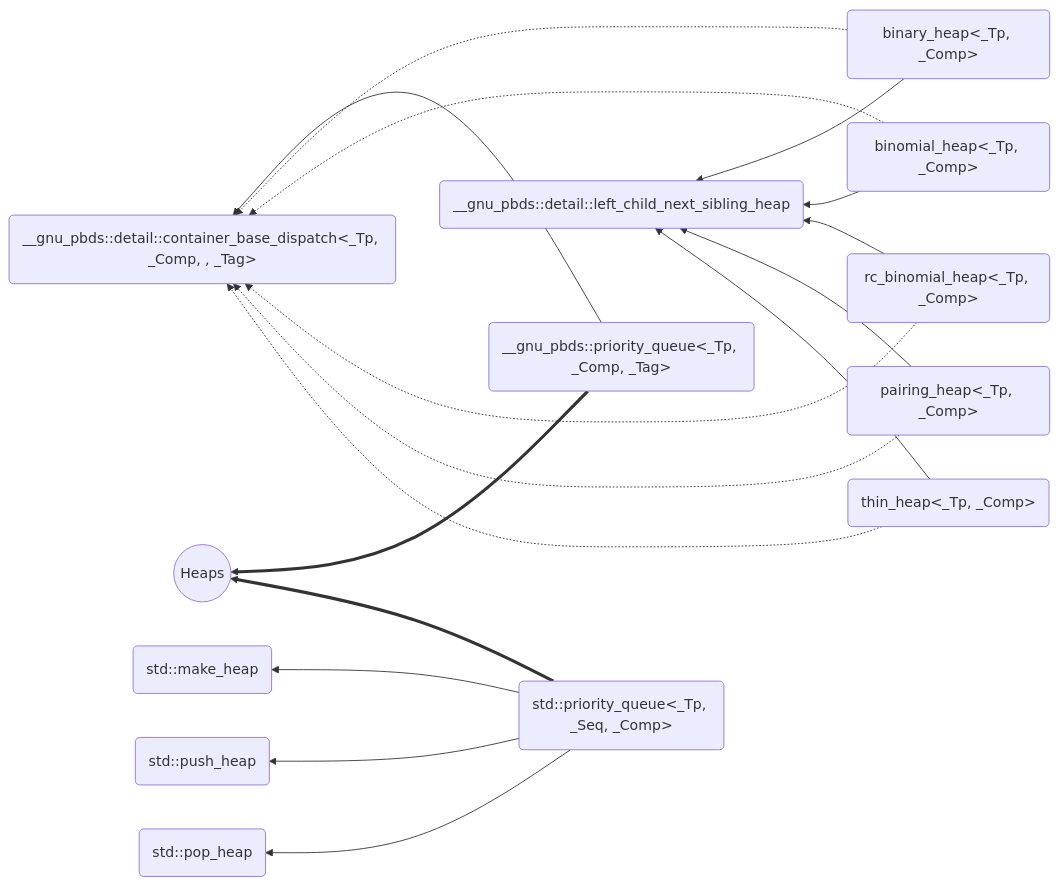
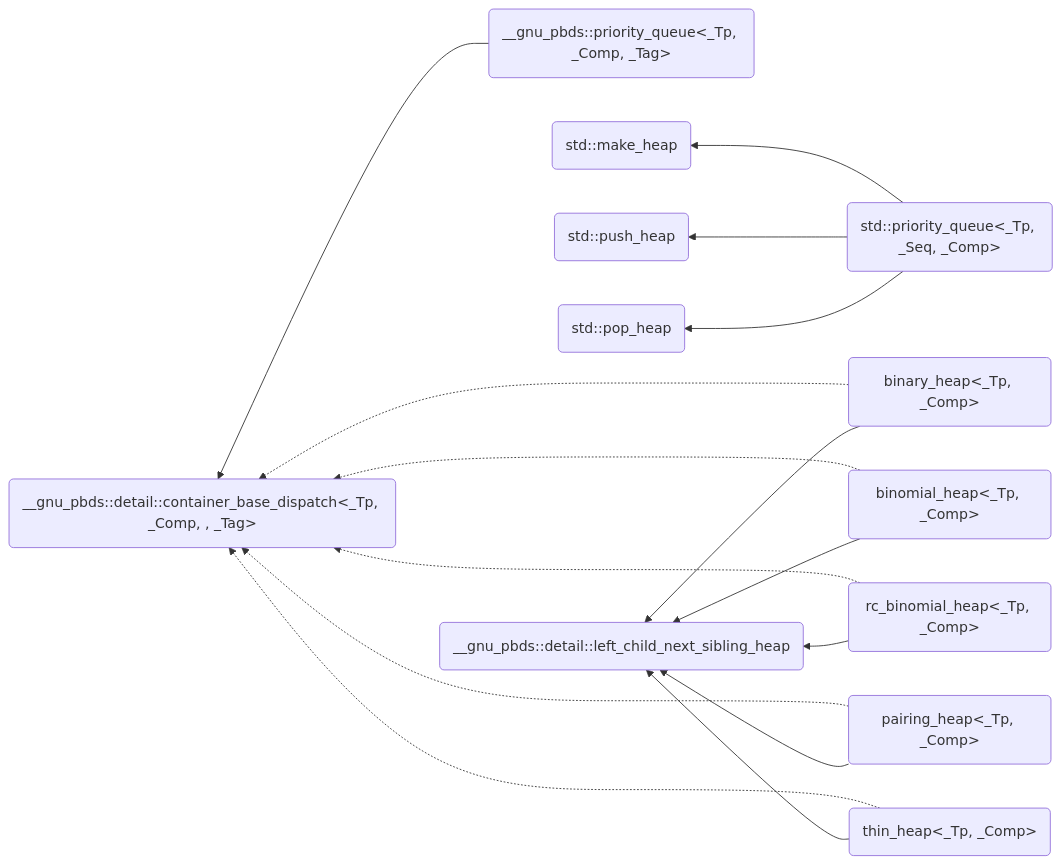
One commit to AsherJingkongChen/ds-assign4 changed the diagram in doc/priority_queue.md. Above: the diagram before and after it, drawn with Mermaid.

Commit message:
Asher Chen commited at 2022-12-28_12-44-42

````diff
--- a/doc/priority_queue.md
+++ b/doc/priority_queue.md
@@ -3,43 +3,39 @@
 ```mermaid
 graph RL;
-heap((Heaps));
 gpq(__gnu_pbds::priority_queue<_Tp, _Comp, _Tag>);
 spq(std::priority_queue<_Tp, _Seq, _Comp>);
 make(std::make_heap);
 push(std::push_heap);
 pop(std::pop_heap);
 binhp(binary_heap<_Tp, _Comp>);
 bimhp(binomial_heap<_Tp, _Comp>);
 pahp(pairing_heap<_Tp, _Comp>);
 rbimhp(rc_binomial_heap<_Tp, _Comp>);
 thinhp(thin_heap<_Tp, _Comp>);
 gcbase(__gnu_pbds::detail::container_base_dispatch<_Tp, _Comp, , _Tag>);
 lcnsh(__gnu_pbds::detail::left_child_next_sibling_heap);
-
-gpq ==> heap;
-spq ==> heap;
 
 spq --> make;
 spq --> push;
 spq --> pop;
 
 gpq --> gcbase;
 binhp ..-> gcbase;
 binhp --> lcnsh;
 bimhp ..-> gcbase;
 bimhp --> lcnsh;
 rbimhp ..-> gcbase;
 rbimhp --> lcnsh;
 pahp ..-> gcbase;
 pahp --> lcnsh;
 thinhp ..-> gcbase;
 thinhp --> lcnsh;
 
 click spq "https://gcc.gnu.org/onlinedocs/gcc-12.2.0/libstdc++/api/a08762.html";
 click make "https://gcc.gnu.org/onlinedocs/gcc-12.2.0/libstdc++/api/a01614.html#ga2a685c934e85086e5ac372026e8064f6";
 click push "https://gcc.gnu.org/onlinedocs/gcc-12.2.0/libstdc++/api/a01614.html#ga0a57ba46981d46e0f3ebd4703d0ad18b";
 click pop "https://gcc.gnu.org/onlinedocs/gcc-12.2.0/libstdc++/api/a01614.html#gab628ce505c9574f8929a0fa49ed514b3";
 click gpq "https://gcc.gnu.org/onlinedocs/gcc-12.2.0/libstdc++/api/a12902.html";
 click gcbase "https://gcc.gnu.org/onlinedocs/gcc-12.2.0/libstdc++/api/a13070.html";
 
 ```
````
